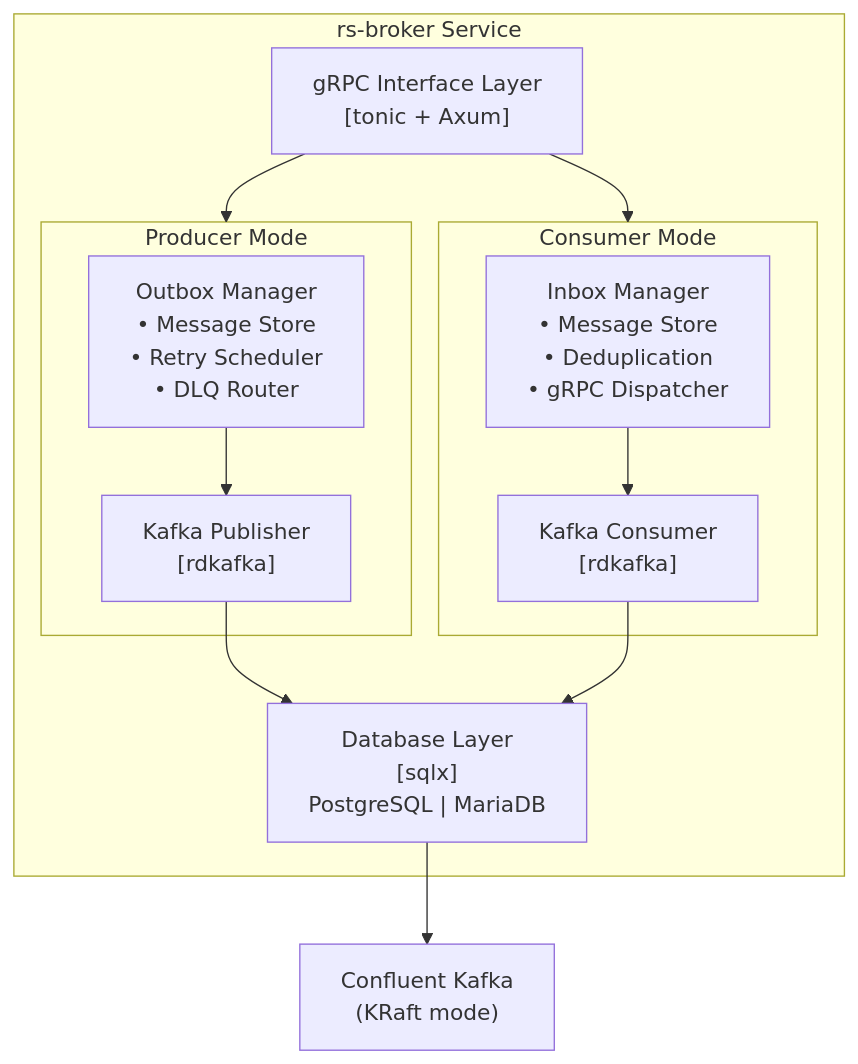
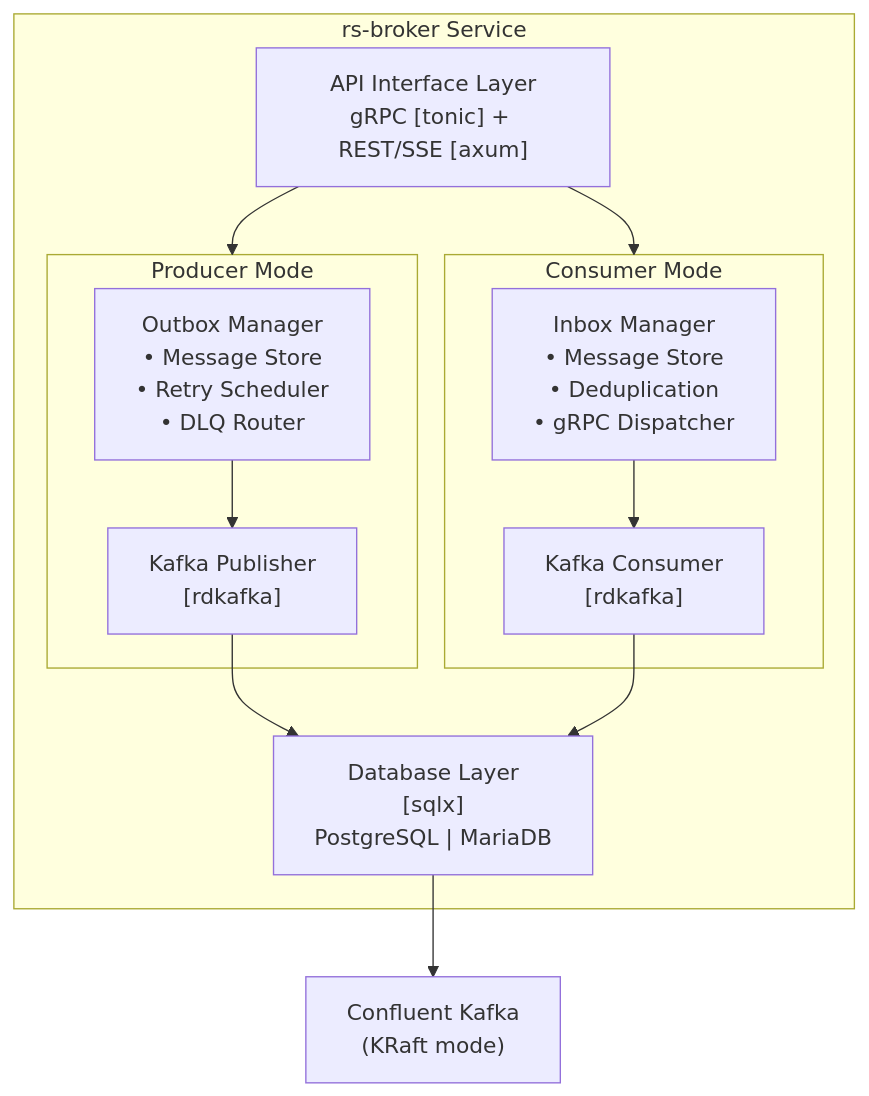
The first of 6 diagrams in docs/architecture.md (bouroo/rs-broker), drawn with Mermaid before and after one commit. The commit also changed other lines of this file and 5 other files, not shown here.

````diff
--- a/docs/architecture.md
+++ b/docs/architecture.md
@@ -35,28 +49,28 @@
 ```mermaid
 flowchart TB
     subgraph rsbroker["rs-broker Service"]
-        grpc["gRPC Interface Layer<br/>[tonic + Axum]"]
+        grpc["API Interface Layer<br/>gRPC [tonic] + REST/SSE [axum]"]
         
         subgraph producer["Producer Mode"]
             outbox["Outbox Manager<br/>• Message Store<br/>• Retry Scheduler<br/>• DLQ Router"]
             pub["Kafka Publisher<br/>[rdkafka]"]
         end
         
         subgraph consumer["Consumer Mode"]
             inbox["Inbox Manager<br/>• Message Store<br/>• Deduplication<br/>• gRPC Dispatcher"]
             sub["Kafka Consumer<br/>[rdkafka]"]
         end
         
         db["Database Layer<br/>[sqlx]<br/>PostgreSQL | MariaDB"]
     end
     
     grpc --> producer
     grpc --> consumer
     outbox --> pub
     inbox --> sub
     pub --> db
     sub --> db
     db --> kafka
     
     kafka["Confluent Kafka<br/>(KRaft mode)"]
 ```
````
